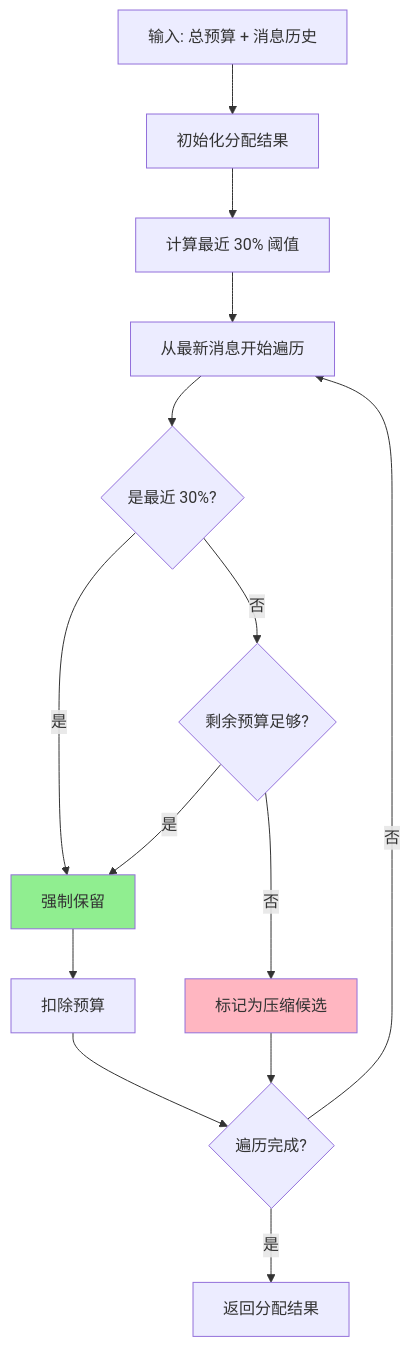
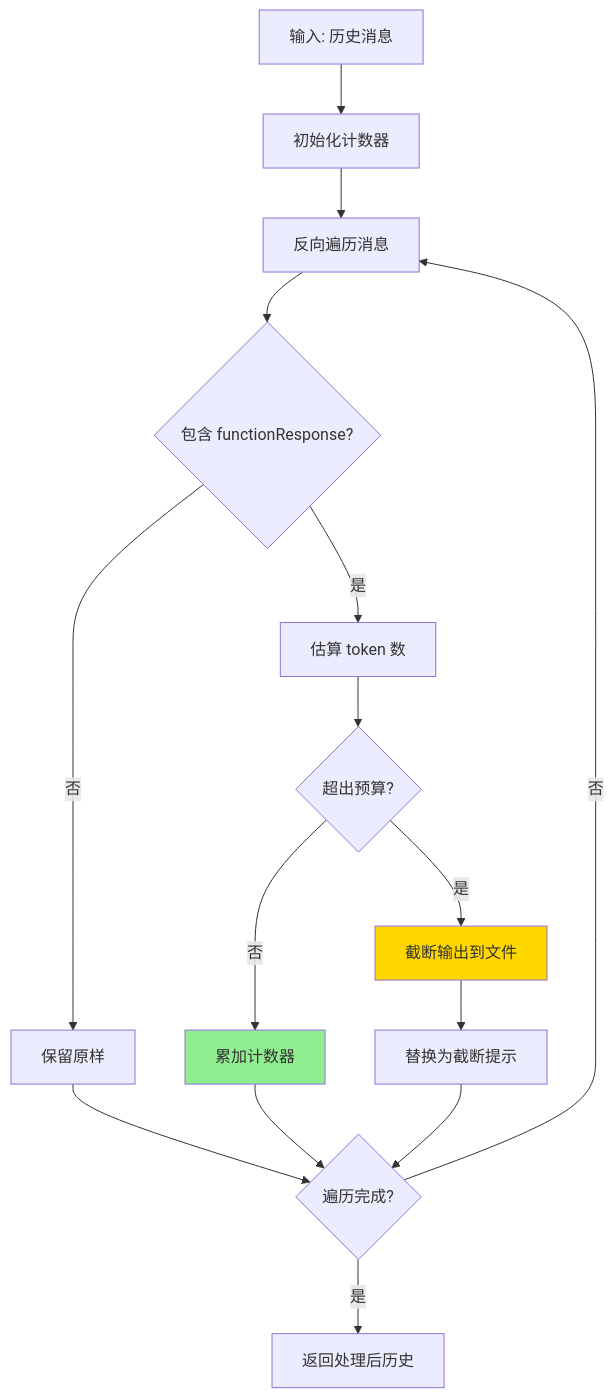
Before and after one commit to giraffe-tree/agent-base: the fourth of 11 diagrams in docs/gemini-cli/questions/gemini-cli-context-compaction.md, drawn with Mermaid. The commit also changed other lines of this file and 39 other files, not shown here.

````diff
--- a/docs/gemini-cli/questions/gemini-cli-context-compaction.md
+++ b/docs/gemini-cli/questions/gemini-cli-context-compaction.md
@@ -240,19 +252,20 @@
 ```mermaid
 flowchart TD
-    A[输入: 总预算 + 消息历史] --> B[初始化分配结果]
-    B --> C[计算最近 30% 阈值]
-    C --> D[从最新消息开始遍历]
-    D --> E{是最近 30%?}
-    E -->|是| F[强制保留]
-    E -->|否| G{剩余预算足够?}
-    G -->|是| F
-    G -->|否| H[标记为压缩候选]
-    F --> I[扣除预算]
-    H --> J{遍历完成?}
-    I --> J
-    J -->|否| D
-    J -->|是| K[返回分配结果]
+    A[输入: 历史消息] --> B[初始化计数器]
+    B --> C[反向遍历消息]
+    C --> D{包含 functionResponse?}
+    D -->|否| E[保留原样]
+    D -->|是| F[估算 token 数]
+    F --> G{超出预算?}
+    G -->|否| H[累加计数器]
+    G -->|是| I[截断输出到文件]
+    I --> J[替换为截断提示]
+    H --> K{遍历完成?}
+    E --> K
+    J --> K
+    K -->|否| C
+    K -->|是| L[返回处理后历史]
 
-    style F fill:#90EE90
-    style H fill:#FFB6C1
+    style H fill:#90EE90
+    style I fill:#FFD700
 ```
````
